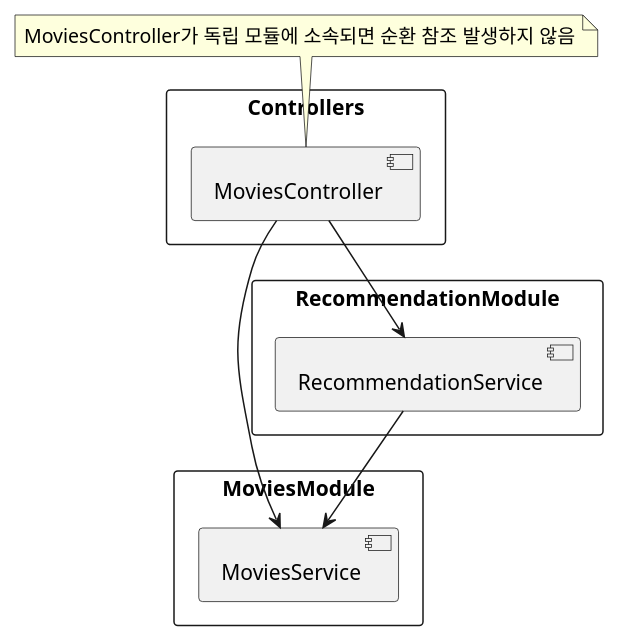
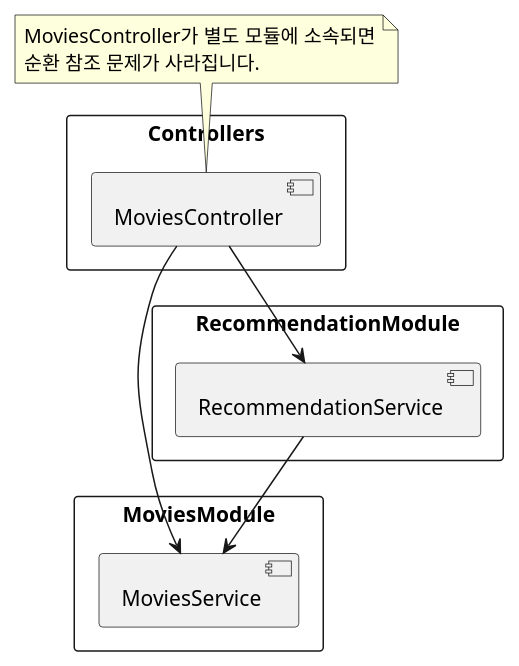
The second of 2 diagrams in docs/ko/guides/problems-with-feature-modules.md (songminkyu/nest-msa), drawn with PlantUML before and after one commit. The commit also changed other lines of this file and 1 other file, not shown here.

Commit message:
docs: update REST API guide with detailed flow and resource-oriented design principles

````diff
--- a/docs/ko/guides/problems-with-feature-modules.md
+++ b/docs/ko/guides/problems-with-feature-modules.md
@@ -79,25 +81,26 @@
 ```plantuml
 @startuml
 
 rectangle "Controllers" {
   [MoviesController]
 }
 
 rectangle "MoviesModule" {
   [MoviesService]
 }
 
 rectangle "RecommendationModule" {
   [RecommendationService]
 }
 
 
 MoviesController --> MoviesService
 MoviesController --> RecommendationService
 RecommendationService --> MoviesService
 
 note top of MoviesController
-MoviesController가 독립 모듈에 소속되면 순환 참조 발생하지 않음
+MoviesController가 별도 모듈에 소속되면
+순환 참조 문제가 사라집니다.
 end note
 @enduml
 ```
````
